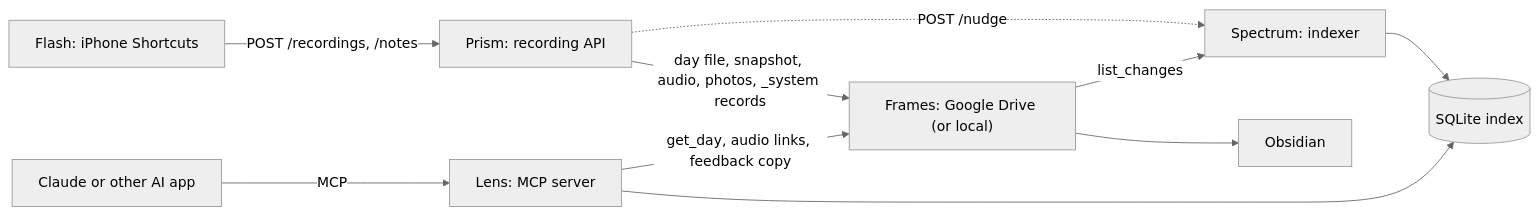
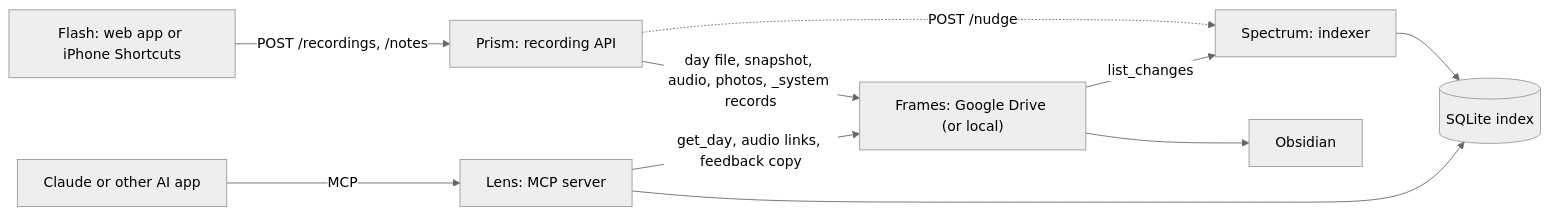
One commit to cbonthala/lumitrace changed the diagram in docs/architecture.md. Above: the diagram before and after it, drawn with Mermaid (neutral theme). The commit also changed other lines of this file and 26 other files, not shown here.

Commit message:
Flash web app: installable PWA served by the Prism at /flash/, username and password sign-in (ADR 0019)

````diff
--- a/docs/architecture.md
+++ b/docs/architecture.md
@@ -7,12 +7,12 @@
 ```mermaid
 flowchart LR
-    Phone["Flash: iPhone Shortcuts"] -->|"POST /recordings, /notes"| Prism["Prism: recording API"]
+    Phone["Flash: web app or iPhone Shortcuts"] -->|"POST /recordings, /notes"| Prism["Prism: recording API"]
     Prism -->|"day file, snapshot, audio, photos, _system records"| Frames["Frames: Google Drive (or local)"]
     Prism -.->|"POST /nudge"| Spectrum["Spectrum: indexer"]
     Frames --> Obsidian["Obsidian"]
     Frames -->|"list_changes"| Spectrum
     Spectrum --> Index[("SQLite index")]
     AIApp["Claude or other AI app"] -->|MCP| LensNode["Lens: MCP server"]
     LensNode --> Index
     LensNode -->|"get_day, audio links, feedback copy"| Frames
 ```
````
